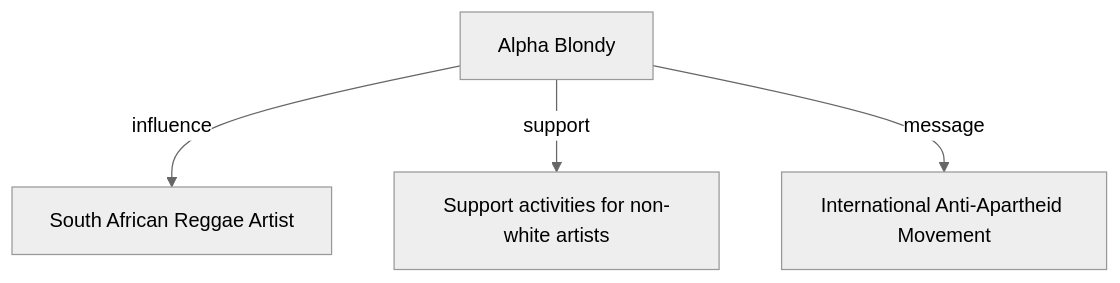
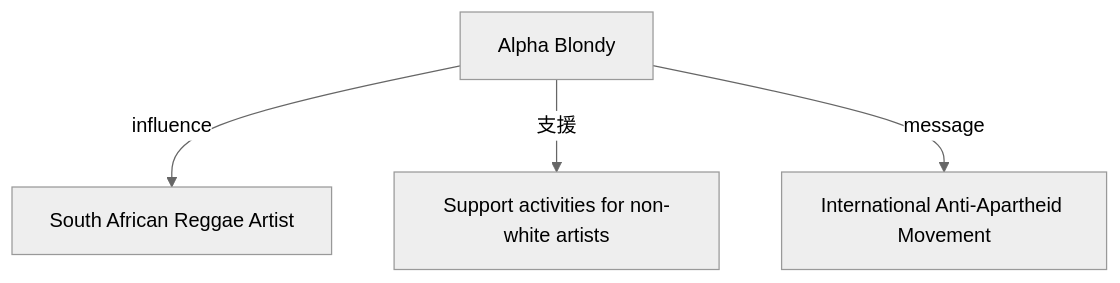
Before and after one commit to monumental-movement/monumental-movement.github.io: the second of 3 diagrams in en/_posts/2025-11-28-column-alpha-blondy.md, drawn with Mermaid (neutral theme). The commit also changed other lines of this file and 2196 other files, not shown here.

```diff
--- a/en/_posts/2025-11-28-column-alpha-blondy.md
+++ b/en/_posts/2025-11-28-column-alpha-blondy.md
@@ -173,6 +172,6 @@
 <div class="mermaid">
 flowchart TB
     AB["Alpha Blondy"] -->|influence| SA["South African Reggae Artist"]
-    AB -->|support| AA["Support activities for non-white artists"]
+    AB -->|支援| AA["Support activities for non-white artists"]
     AB -->|message| GW["International Anti-Apartheid Movement"]
 </div>
```
